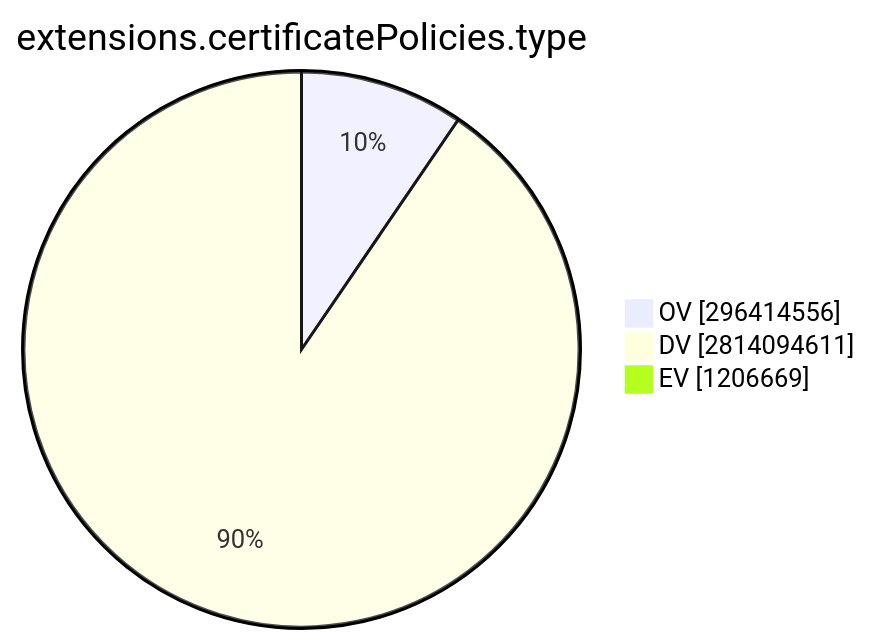
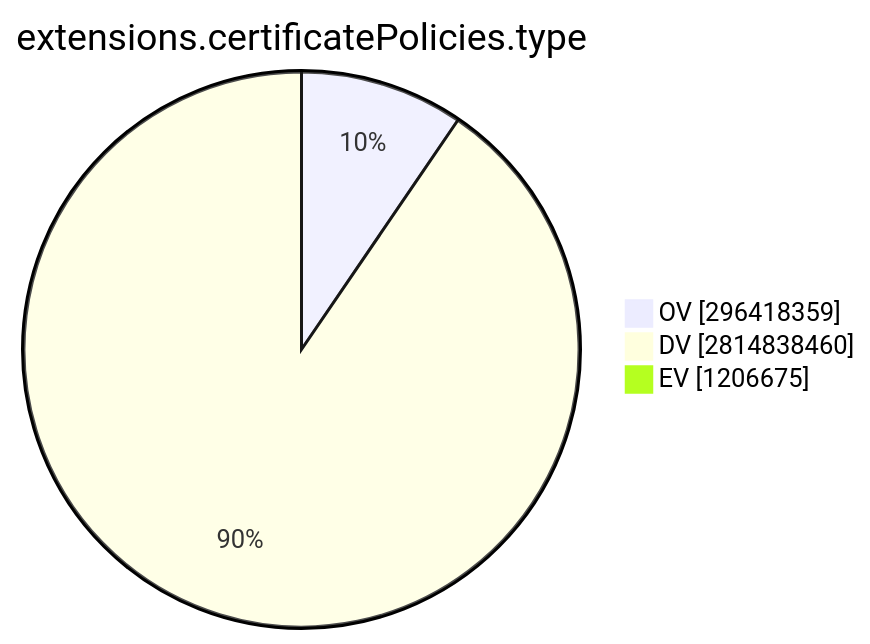
One commit to christiankrug/ctmonitor_visualization changed the ninth of 15 diagrams in TOTAL/README.md. Above: the diagram before and after it, drawn with Mermaid. The commit also changed other lines of this file, not shown here.

````diff
--- a/TOTAL/README.md
+++ b/TOTAL/README.md
@@ -3099,7 +3099,7 @@
 ```mermaid
 pie showData
 title extensions.certificatePolicies.type
-"OV" :296414556
-"DV" :2814094611
-"EV" :1206669
+"OV" :296418359
+"DV" :2814838460
+"EV" :1206675
 ```
````
